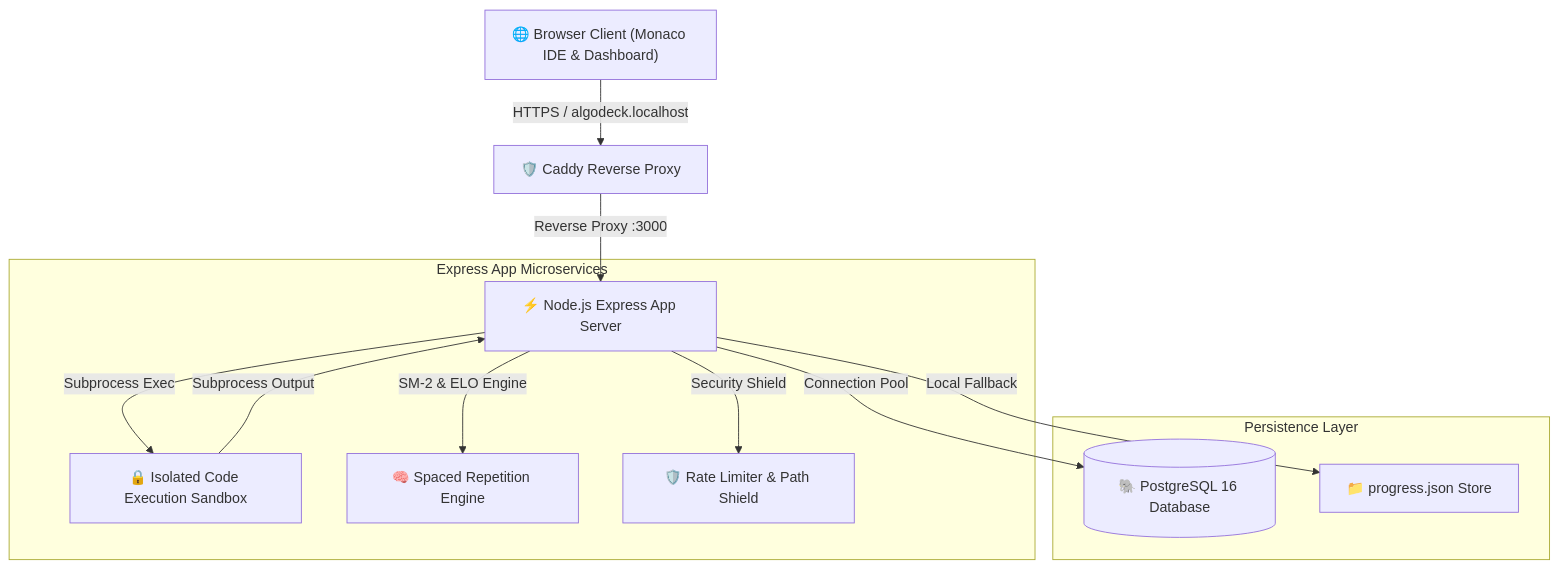
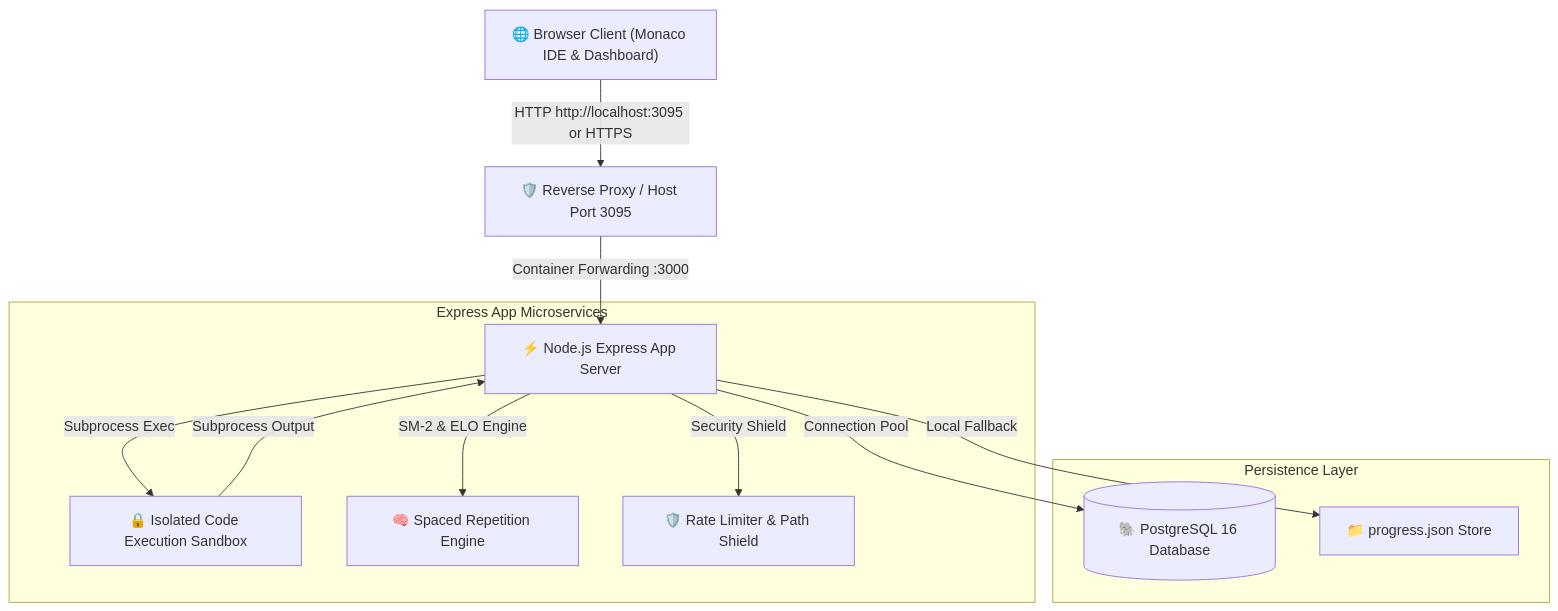
Before and after one commit to anmolsharma152/AlgoDeck: the diagram in README.md, drawn with Mermaid.

Commit message:
docs: clarify host port 3095 to container port 3000 mapping in mermaid architecture diagram

````diff
--- a/README.md
+++ b/README.md
@@ -45,18 +45,18 @@
 ```mermaid
 graph TD
-    User["🌐 Browser Client (Monaco IDE & Dashboard)"] -->|HTTPS / algodeck.localhost| Caddy["🛡️ Caddy Reverse Proxy"]
-    Caddy -->|Reverse Proxy :3000| Server["⚡ Node.js Express App Server"]
+    User["🌐 Browser Client (Monaco IDE & Dashboard)"] -->|HTTP http://localhost:3095 or HTTPS| Proxy["🛡️ Reverse Proxy / Host Port 3095"]
+    Proxy -->|Container Forwarding :3000| Server["⚡ Node.js Express App Server"]
     
     subgraph AppServer ["Express App Microservices"]
         Server -->|Subprocess Exec| Sandbox["🔒 Isolated Code Execution Sandbox"]
         Server -->|SM-2 & ELO Engine| Cognitive["🧠 Spaced Repetition Engine"]
         Server -->|Security Shield| RateLimiter["🛡️ Rate Limiter & Path Shield"]
     end
     
     subgraph DataStore ["Persistence Layer"]
         Server -->|Connection Pool| DB[("🐘 PostgreSQL 16 Database")]
         Server -->|Local Fallback| JSONStore["📁 progress.json Store"]
     end
 
     Sandbox -->|Subprocess Output| Server
 ```
````
